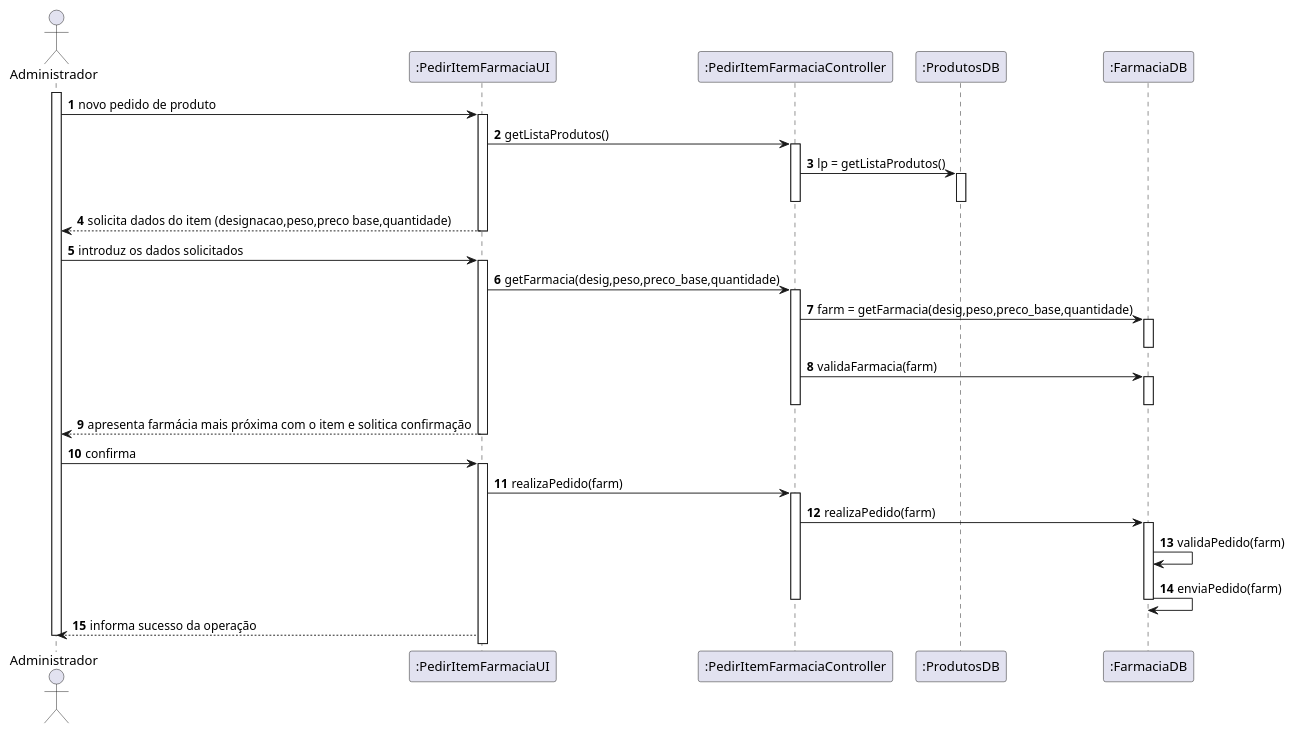
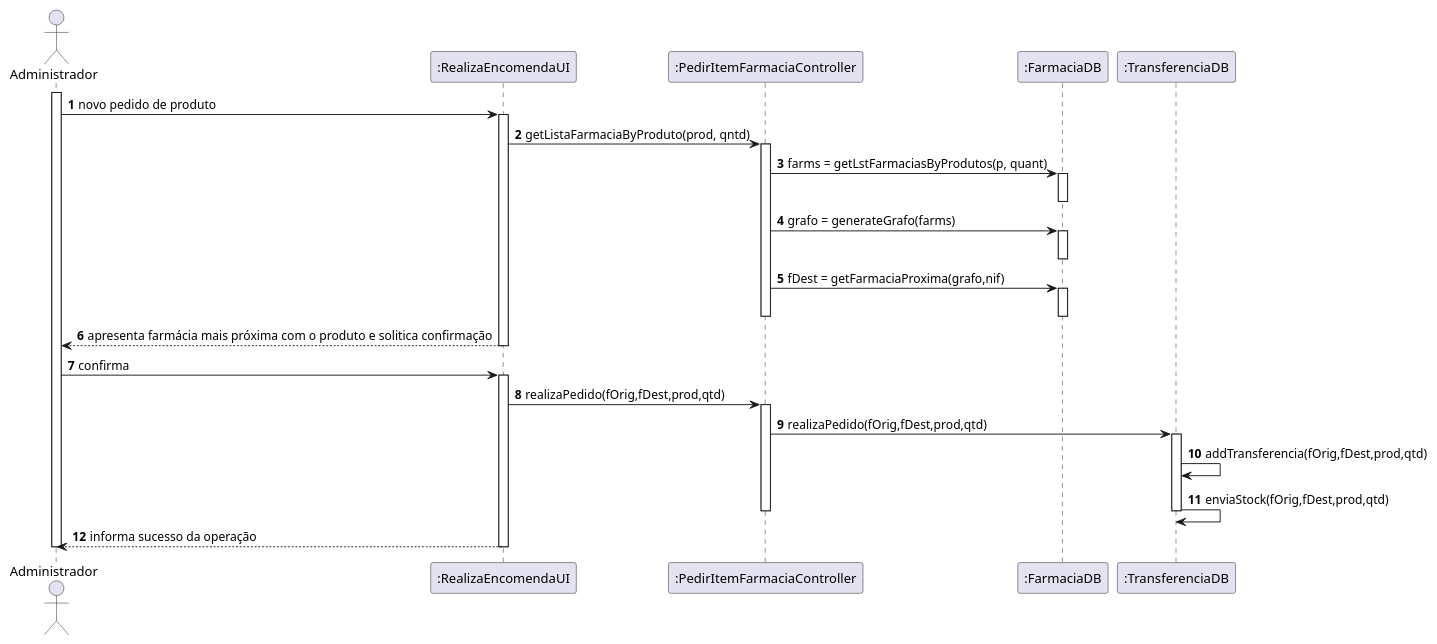
Before and after one commit to pedrolemos4/LAPR3: the diagram in docs/UC124/UC124_PedirItemFarmaciaSD.puml, drawn with PlantUML. The commit also changed 7 other files, not shown here.

Commit message:
LAP3AP4-157 #close Pedir Item Farmácia [Review]

```diff
--- a/docs/UC124/UC124_PedirItemFarmaciaSD.puml
+++ b/docs/UC124/UC124_PedirItemFarmaciaSD.puml
@@ -1,59 +1,50 @@
 @startuml
 autonumber
 
 actor "Administrador" as ADM
-participant ":PedirItemFarmaciaUI" as UI
+participant ":RealizaEncomendaUI" as UI
 participant ":PedirItemFarmaciaController" as CTL
-participant ":ProdutosDB" as PDB
 participant ":FarmaciaDB" as FDB
+participant ":TransferenciaDB" as TDB
 
 activate ADM
 ADM -> UI : novo pedido de produto
 activate UI
-UI -> CTL : getListaProdutos()
+UI -> CTL : getListaFarmaciaByProduto(prod, qntd)
 activate CTL
 
-CTL -> PDB : lp = getListaProdutos()
-activate PDB
-deactivate PDB
-
-deactivate CTL
-
-UI --> ADM : solicita dados do item (designacao,peso,preco base,quantidade)
-deactivate UI
-
-ADM -> UI : introduz os dados solicitados
-activate UI
-UI -> CTL : getFarmacia(desig,peso,preco_base,quantidade)
-activate CTL
-
-CTL -> FDB: farm = getFarmacia(desig,peso,preco_base,quantidade)
+CTL -> FDB: farms = getLstFarmaciasByProdutos(p, quant)
 activate FDB
 
 deactivate FDB
 
-CTL -> FDB : validaFarmacia(farm)
+CTL -> FDB : grafo = generateGrafo(farms)
+activate FDB
+deactivate FDB
+
+CTL -> FDB : fDest = getFarmaciaProxima(grafo,nif)
 activate FDB
 deactivate FDB
 
 deactivate CTL
 
-UI --> ADM : apresenta farmácia mais próxima com o item e solitica confirmação
+UI --> ADM : apresenta farmácia mais próxima com o produto e solitica confirmação
 deactivate UI
 ADM -> UI : confirma
 activate UI
-UI -> CTL : realizaPedido(farm)
+UI -> CTL : realizaPedido(fOrig,fDest,prod,qtd)
 
 activate CTL
-CTL -> FDB :realizaPedido(farm)
+CTL -> TDB :realizaPedido(fOrig,fDest,prod,qtd)
 
-activate FDB
-FDB -> FDB : validaPedido(farm)
+activate TDB
+TDB -> TDB : addTransferencia(fOrig,fDest,prod,qtd)
 
-FDB -> FDB : enviaPedido(farm)
-deactivate FDB
+TDB -> TDB : enviaStock(fOrig,fDest,prod,qtd)
+deactivate TDB
 deactivate CTL
 UI --> ADM: informa sucesso da operação
 
+deactivate UI
 deactivate ADM
 @enduml
```
